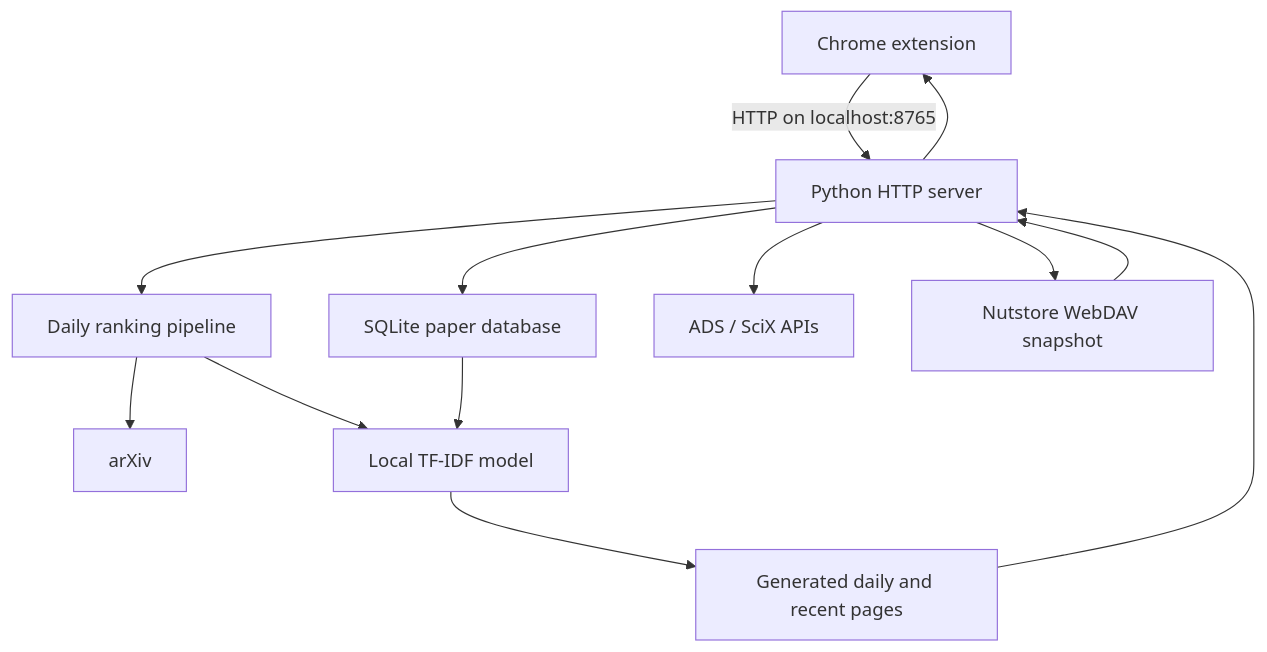
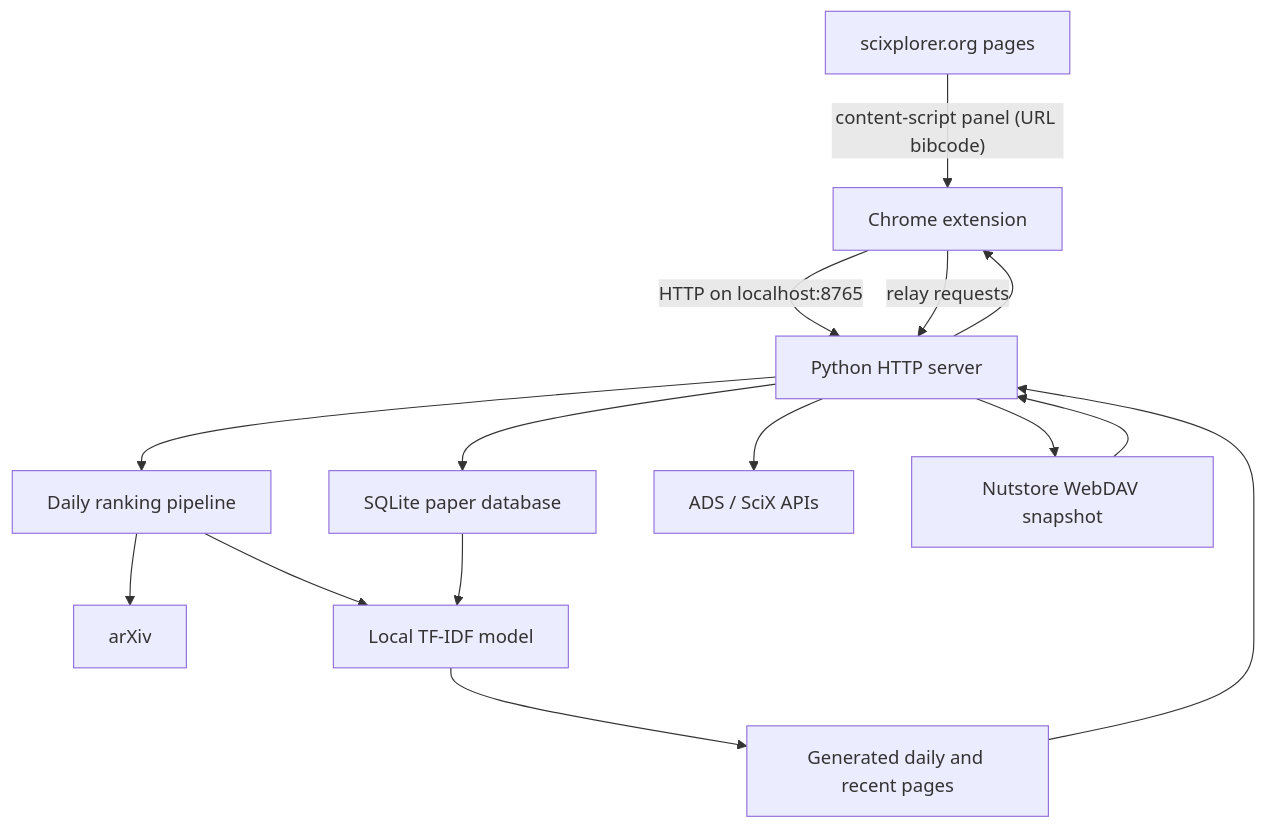
The diagram in docs/how-it-works.md (jyshangguan/ArXistant), drawn with Mermaid before and after one commit. The commit also changed other lines of this file and 4 other files, not shown here.

````diff
--- a/docs/how-it-works.md
+++ b/docs/how-it-works.md
@@ -16,15 +16,17 @@
 ```mermaid
 flowchart TD
     EXT["Chrome extension"] -->|"HTTP on localhost:8765"| SERVER["Python HTTP server"]
+    SCIXPAGE["scixplorer.org pages"] -->|"content-script panel (URL bibcode)"| EXT
+    EXT -->|"relay requests"| SERVER
     SERVER --> DB["SQLite paper database"]
     SERVER --> RANKER["Daily ranking pipeline"]
     RANKER --> ARXIV["arXiv"]
     SERVER --> ADS["ADS / SciX APIs"]
     SERVER --> CLOUD["Nutstore WebDAV snapshot"]
     CLOUD --> SERVER
     RANKER --> MODEL["Local TF-IDF model"]
     DB --> MODEL
     MODEL --> PAGES["Generated daily and recent pages"]
     PAGES --> SERVER
     SERVER --> EXT
 ```
````
